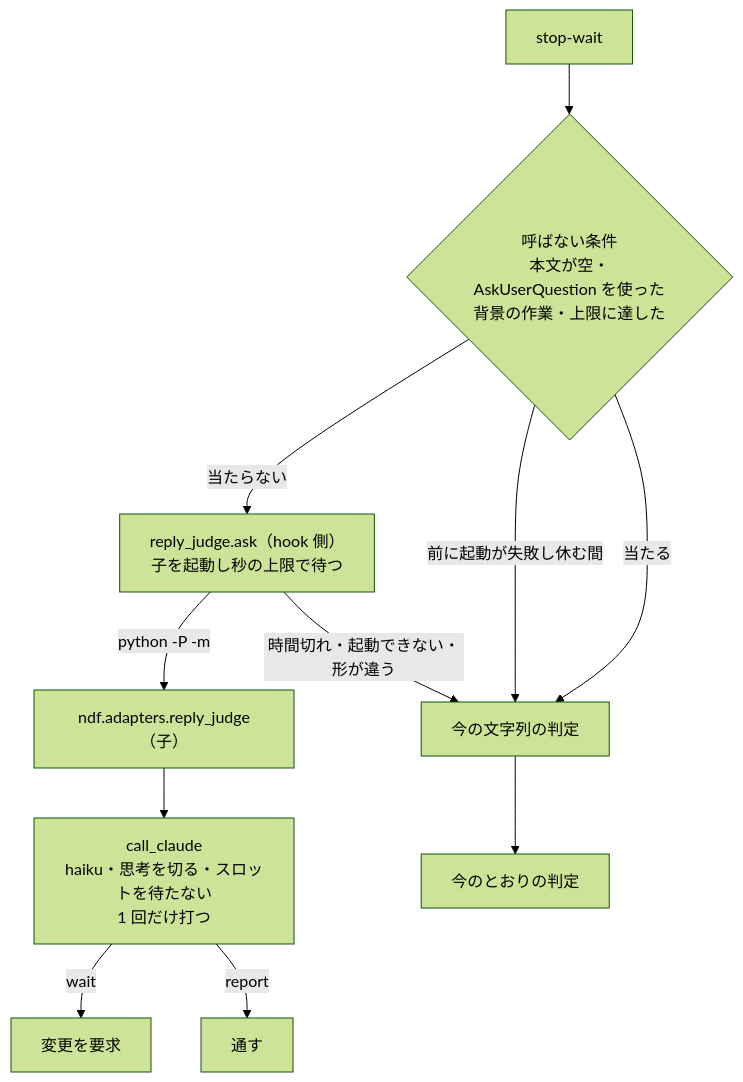
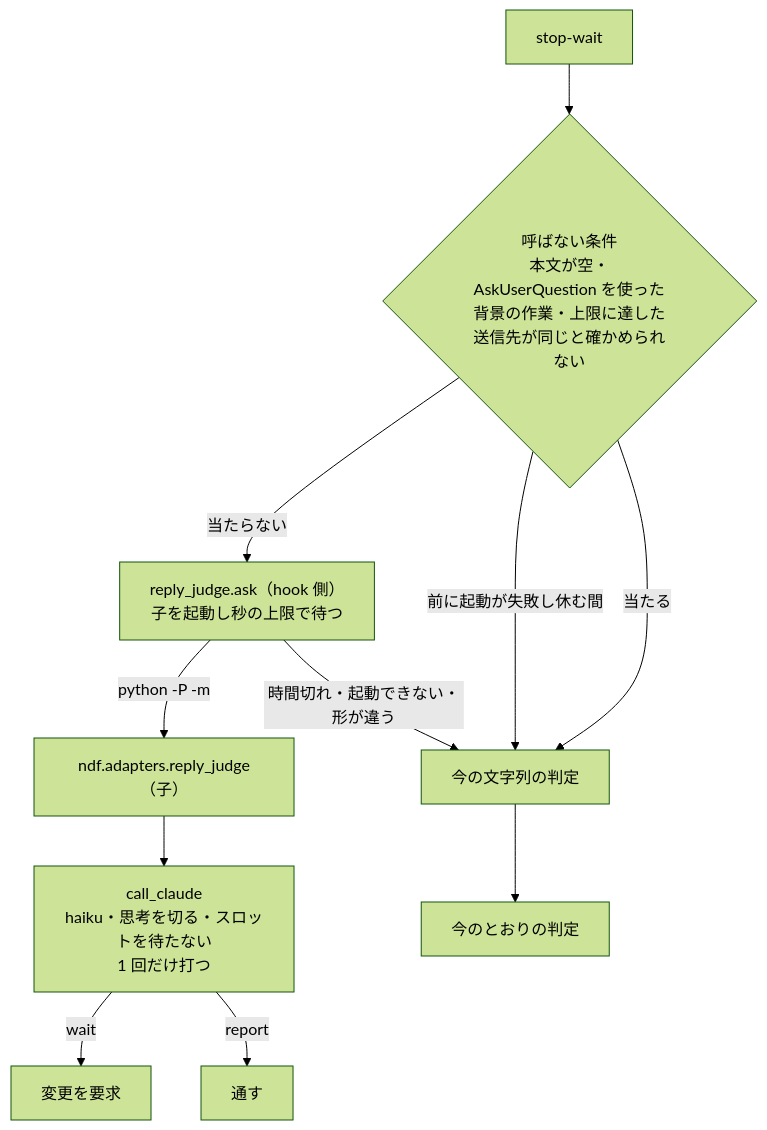
The second of 3 diagrams in issues/issue-4000-design.md (devbasex/ai-plugins), drawn with Mermaid (forest theme) before and after one commit. The commit also changed other lines of this file and 1 other file, not shown here.

````diff
--- a/issues/issue-4000-design.md
+++ b/issues/issue-4000-design.md
@@ -47,13 +47,13 @@
 ```mermaid
 flowchart TB
-  SW[stop-wait] --> SK{呼ばない条件<br/>本文が空・AskUserQuestion を使った<br/>背景の作業・上限に達した}
+  SW[stop-wait] --> SK{呼ばない条件<br/>本文が空・AskUserQuestion を使った<br/>背景の作業・上限に達した<br/>送信先が同じと確かめられない}
   SK -->|当たる| FB[今の文字列の判定]
   SK -->|前に起動が失敗し休む間| FB
   SK -->|当たらない| HJ[reply_judge.ask（hook 側）<br/>子を起動し秒の上限で待つ]
   HJ -->|python -P -m| CH[ndf.adapters.reply_judge（子）]
   CH --> CL[call_claude<br/>haiku・思考を切る・スロットを待たない<br/>1 回だけ打つ]
   CL -->|wait| PB[変更を要求]
   CL -->|report| PS[通す]
   HJ -->|時間切れ・起動できない・形が違う| FB
   FB --> V[今のとおりの判定]
 ```
````
